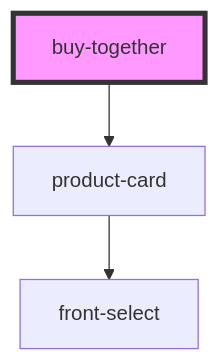
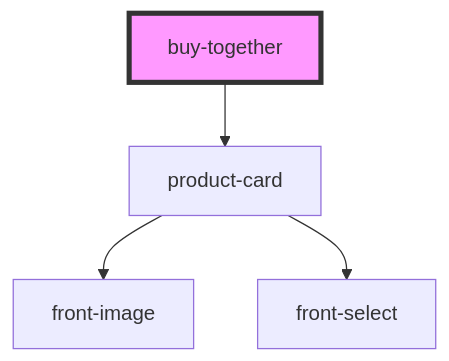
One commit to commerce-suite/storefront-components changed the diagram in src/components/buy-together/readme.md. Above: the diagram before and after it, drawn with Mermaid. The commit also changed 11 other files, not shown here.

Commit message:
feat(buy-together): componente front-image com loader de skeleton

````diff
--- a/src/components/buy-together/readme.md
+++ b/src/components/buy-together/readme.md
@@ -42,6 +42,7 @@
 ```mermaid
 graph TD;
   buy-together --> product-card
+  product-card --> front-image
   product-card --> front-select
   style buy-together fill:#f9f,stroke:#333,stroke-width:4px
 ```
````
